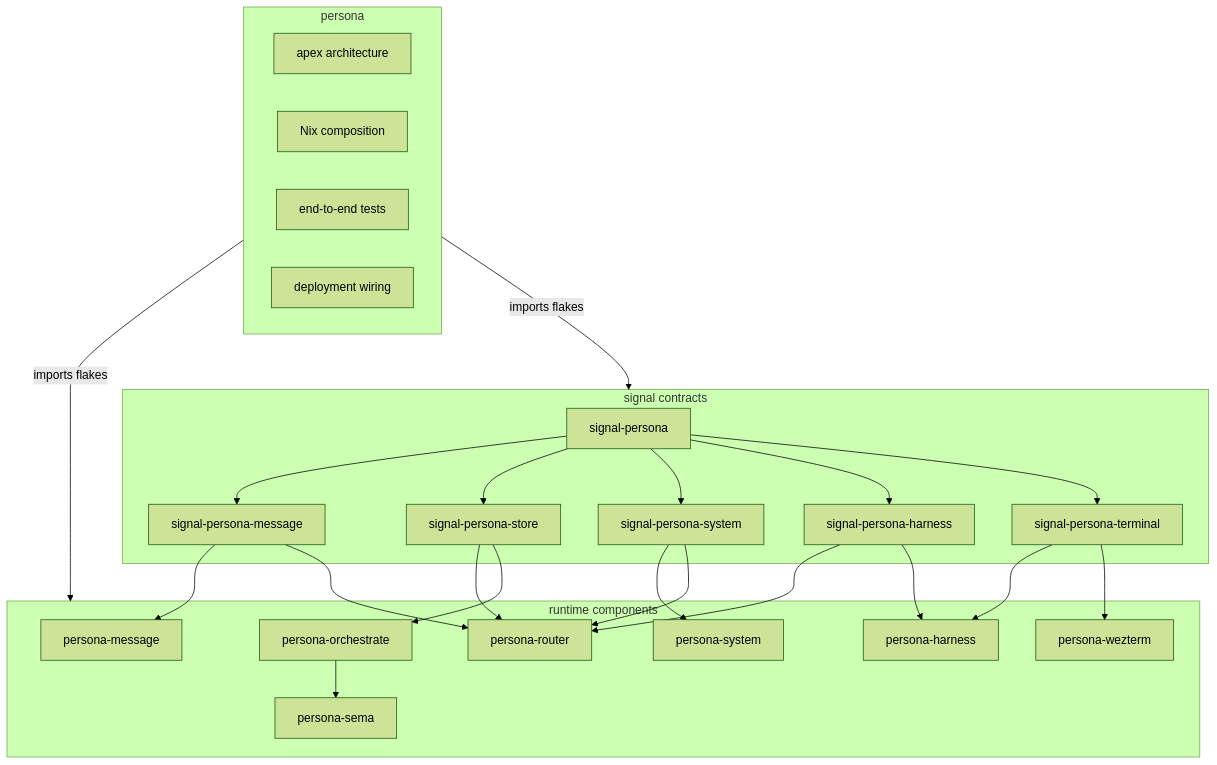
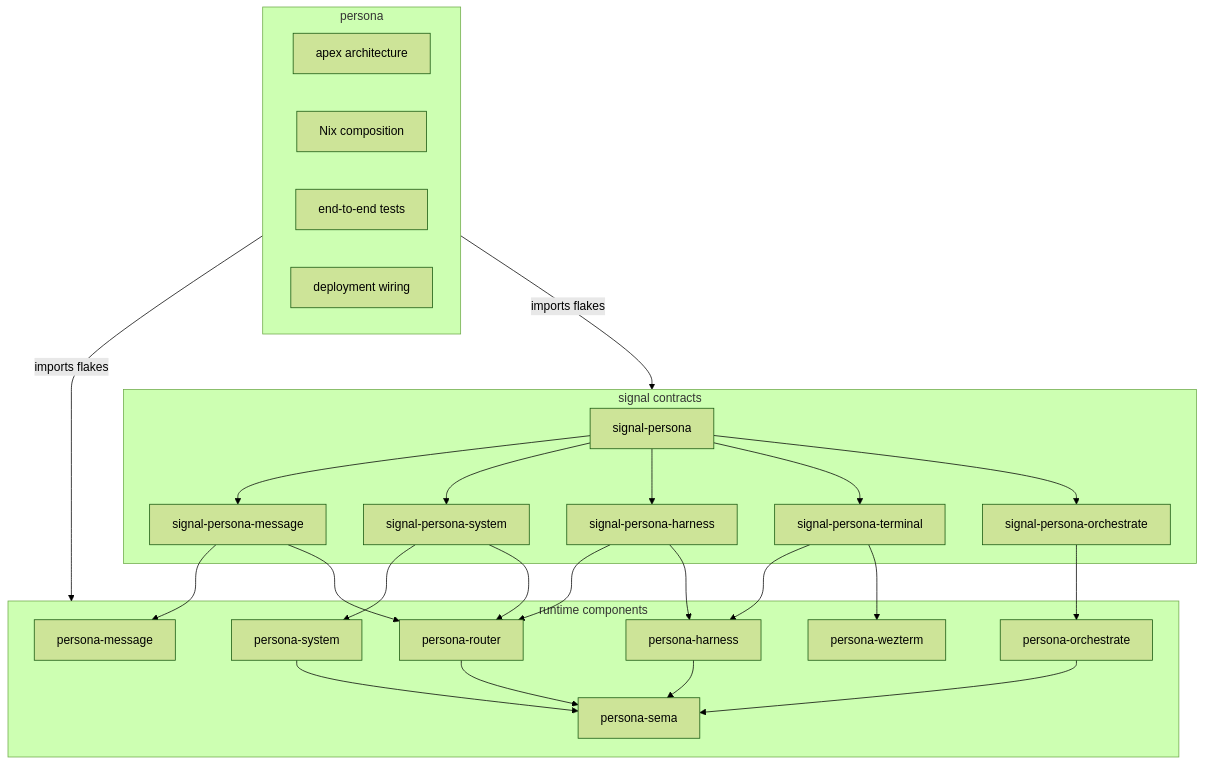
Before and after one commit to LiGoldragon/persona: the first of 4 diagrams in ARCHITECTURE.md, drawn with Mermaid (forest theme). The commit also changed other lines of this file and 9 other files, not shown here.

Commit message:
fix(persona): retire store-channel fixture

````diff
--- a/ARCHITECTURE.md
+++ b/ARCHITECTURE.md
@@ -34,49 +32,52 @@
 ```mermaid
 flowchart TB
     subgraph apex["persona"]
         architecture["apex architecture"]
         nix["Nix composition"]
         tests["end-to-end tests"]
         deployment["deployment wiring"]
     end
 
     subgraph contracts["signal contracts"]
         umbrella["signal-persona"]
         message_contract["signal-persona-message"]
-        store_contract["signal-persona-store"]
         system_contract["signal-persona-system"]
         harness_contract["signal-persona-harness"]
         terminal_contract["signal-persona-terminal"]
+        orchestrate_contract["signal-persona-orchestrate"]
     end
 
     subgraph runtime["runtime components"]
         message["persona-message"]
         router["persona-router"]
         sema["persona-sema"]
         system["persona-system"]
         harness["persona-harness"]
         wezterm["persona-wezterm"]
         orchestrate["persona-orchestrate"]
     end
 
     apex -->|imports flakes| runtime
     apex -->|imports flakes| contracts
 
     umbrella --> message_contract
-    umbrella --> store_contract
     umbrella --> system_contract
     umbrella --> harness_contract
     umbrella --> terminal_contract
+    umbrella --> orchestrate_contract
 
     message_contract --> message
     message_contract --> router
-    store_contract --> router
-    store_contract --> orchestrate
     system_contract --> system
     system_contract --> router
     harness_contract --> router
     harness_contract --> harness
     terminal_contract --> harness
     terminal_contract --> wezterm
+    orchestrate_contract --> orchestrate
+
+    router --> sema
     orchestrate --> sema
+    harness --> sema
+    system --> sema
 ```
````
